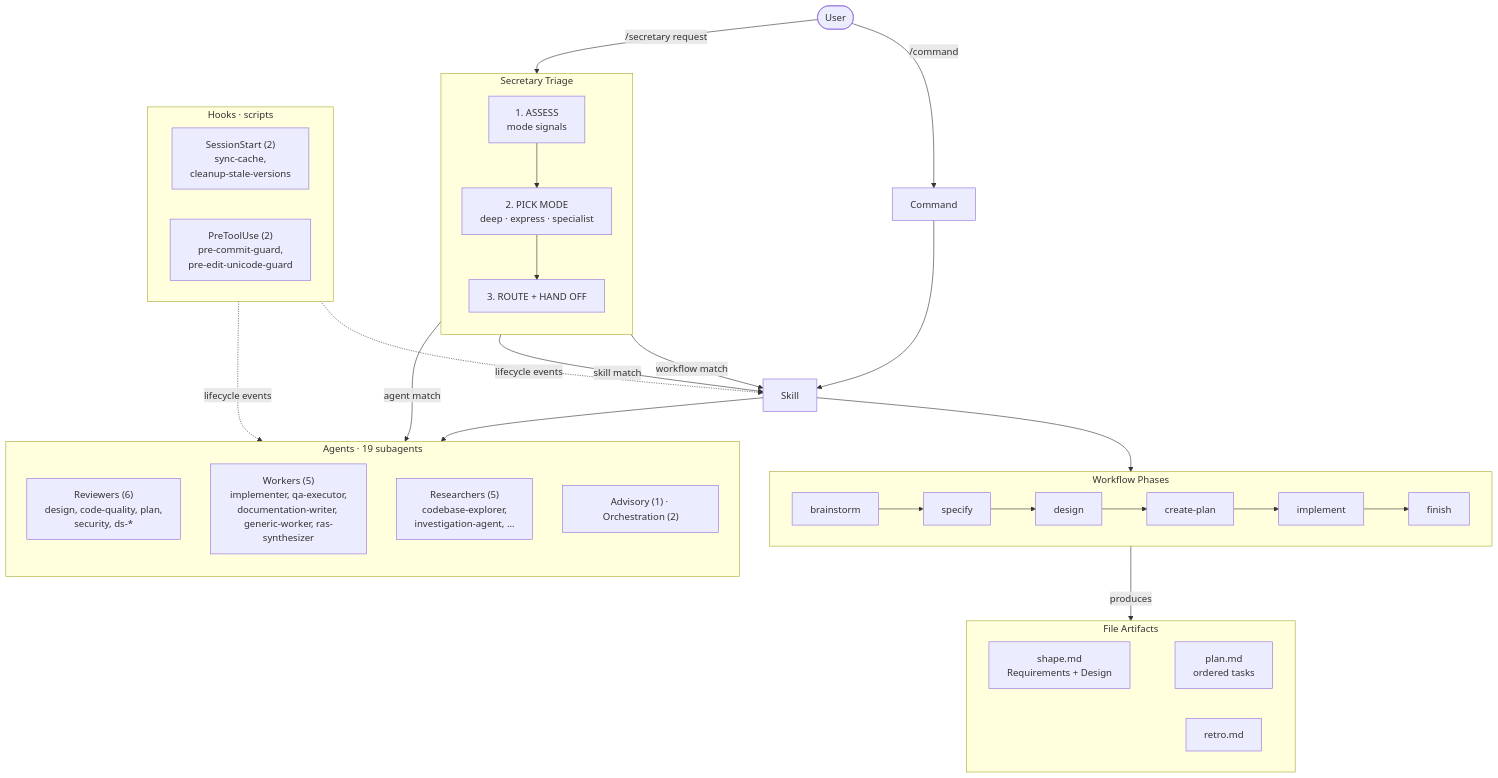
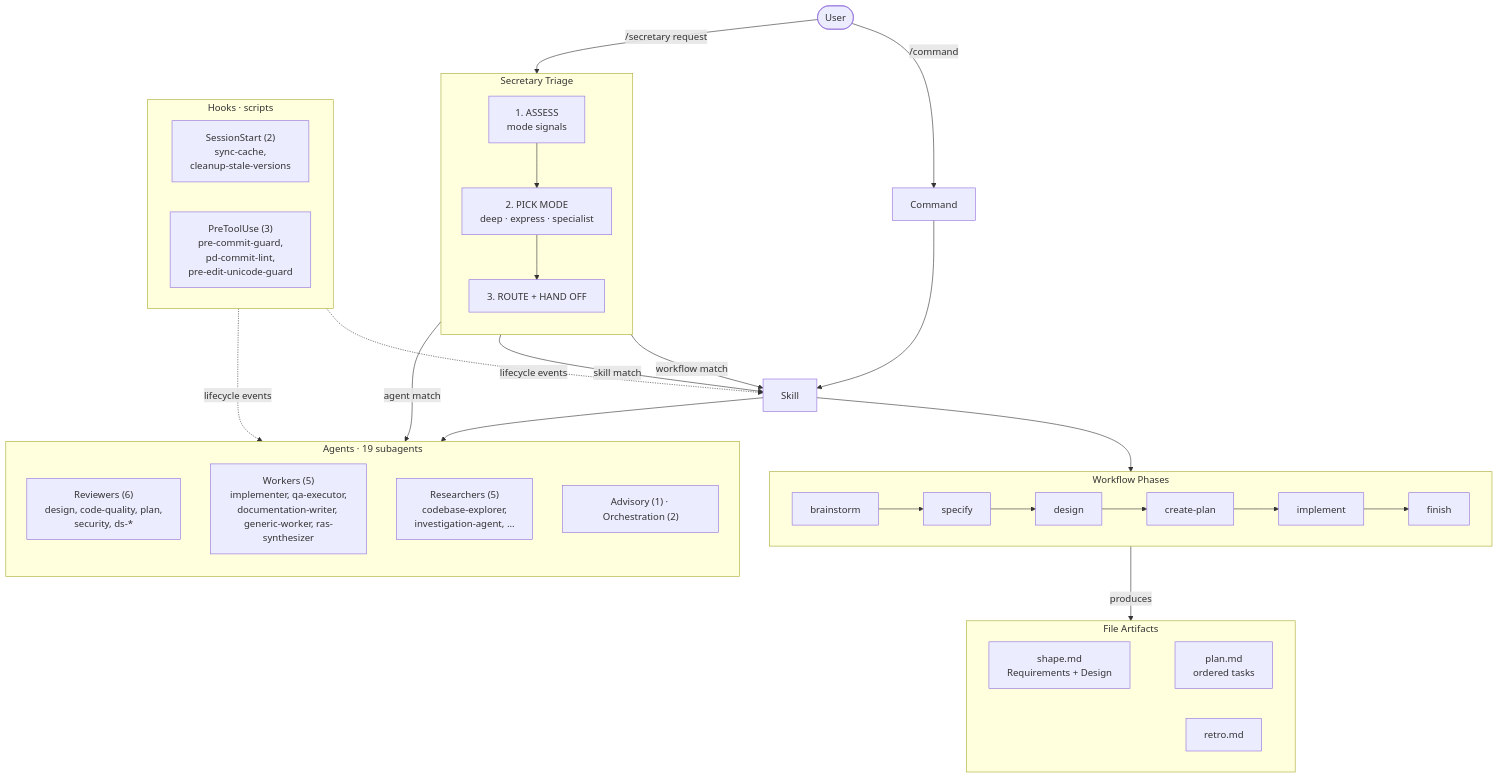
The diagram in README_FOR_DEV.md (clthuang/pedantic-drip), drawn with Mermaid before and after one commit. The commit also changed other lines of this file and 3 other files, not shown here.

First line of the commit message:
thin-pd T3.10: the commit hook runs pd-lint --staged before git commit

````diff
--- a/README_FOR_DEV.md
+++ b/README_FOR_DEV.md
@@ -124,50 +124,50 @@
 ```mermaid
 flowchart TD
     U([User]) -->|"/command"| CMD[Command]
     U -->|"/secretary request"| SEC
 
     subgraph SEC["Secretary Triage"]
         direction TB
         S1["1. ASSESS<br/>mode signals"] --> S2["2. PICK MODE<br/>deep · express · specialist"]
         S2 --> S7["3. ROUTE + HAND OFF"]
     end
 
     CMD --> SK[Skill]
     S7 -->|"workflow match"| SK
     S7 -->|"agent match"| AG
     S7 -->|"skill match"| SK
 
     subgraph WORKFLOW["Workflow Phases"]
         direction LR
         WF1[brainstorm] --> WF2[specify] --> WF3[design]
         WF3 --> WF4[create-plan] --> WF5[implement]
         WF5 --> WF6[finish]
     end
 
     SK --> WORKFLOW
     SK --> AG
 
     subgraph AG["Agents · 19 subagents"]
         direction TB
         A1["Reviewers (6)<br/>design, code-quality, plan,<br/>security, ds-*"]
         A2["Workers (5)<br/>implementer, qa-executor,<br/>documentation-writer, generic-worker, ras-synthesizer"]
         A3["Researchers (5)<br/>codebase-explorer,<br/>investigation-agent, ..."]
         A4["Advisory (1) · Orchestration (2)"]
     end
 
     WORKFLOW -->|"produces"| ART
 
     subgraph ART["File Artifacts"]
         F1["shape.md<br/>Requirements + Design"] ~~~ F2["plan.md<br/>ordered tasks"]
         F3[retro.md]
     end
 
     subgraph HOOKS["Hooks · scripts"]
         H1["SessionStart (2)<br/>sync-cache,<br/>cleanup-stale-versions"]
-        H2["PreToolUse (2)<br/>pre-commit-guard,<br/>pre-edit-unicode-guard"]
+        H2["PreToolUse (3)<br/>pre-commit-guard,<br/>pd-commit-lint,<br/>pre-edit-unicode-guard"]
     end
 
     HOOKS -.->|"lifecycle events"| SK
     HOOKS -.->|"lifecycle events"| AG
 
 ```
````
